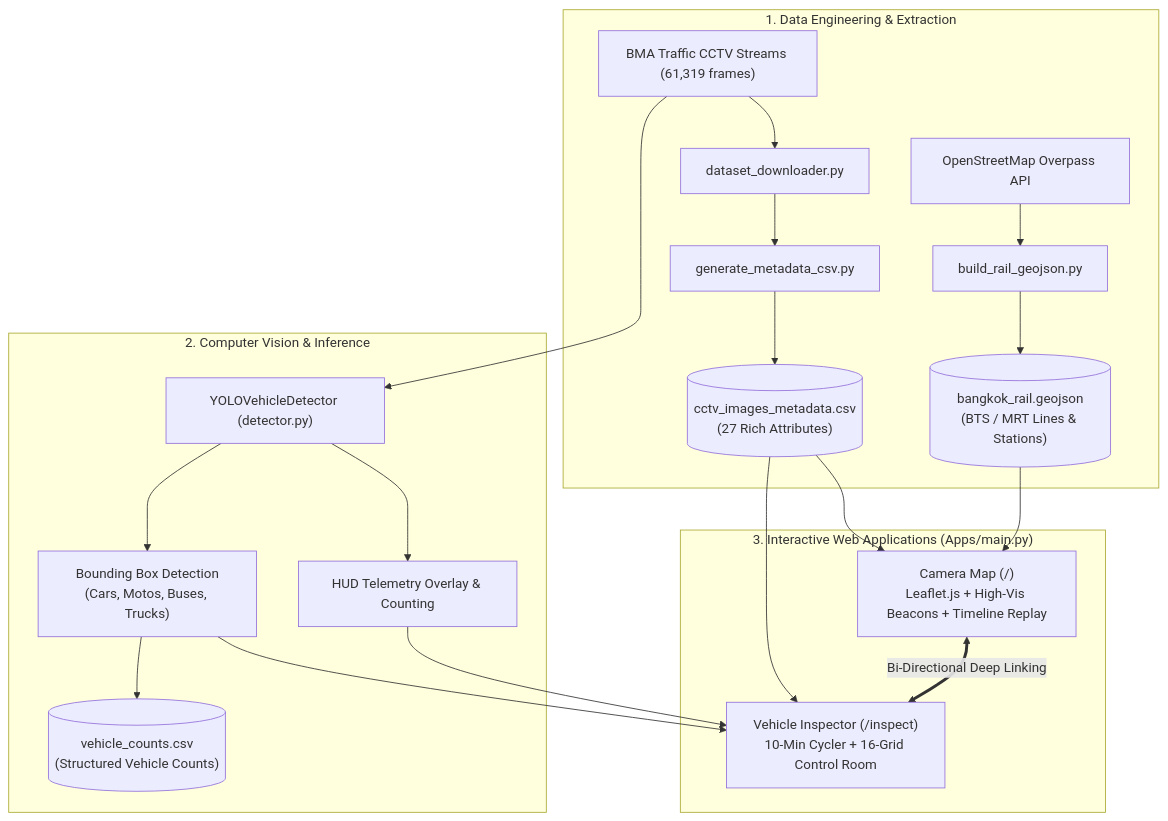
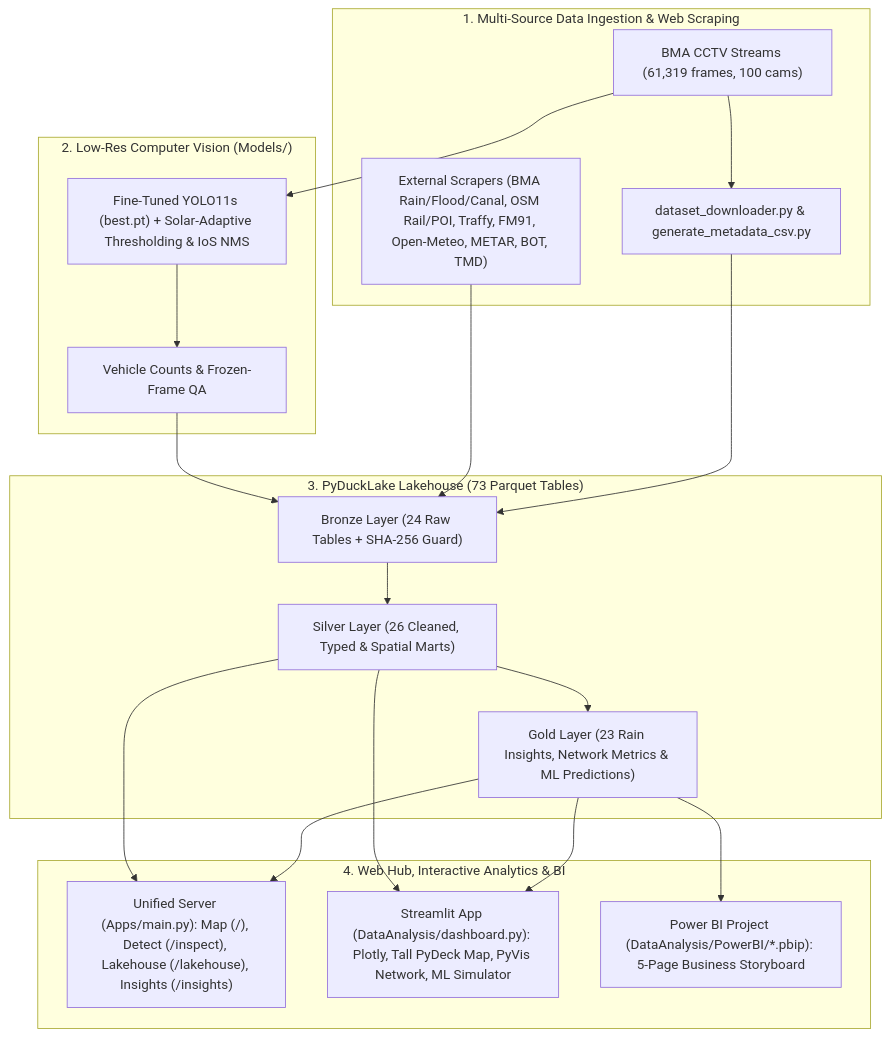
Before and after one commit to MaxzyMVT/Bangkok-CCTV-Image-Analysis-DSDE: the diagram in README.md, drawn with Mermaid. The commit also changed other lines of this file and 7 other files, not shown here.

Commit message:
docs(readme): verify and update all project READMEs with insights, stack, and tree

````diff
--- a/README.md
+++ b/README.md
@@ -19,23 +20,24 @@
 ```mermaid
 flowchart TD
-    subgraph Data_Ingestion ["1. Data Engineering & Extraction"]
-        A["BMA Traffic CCTV Streams (61,319 frames)"] --> B["dataset_downloader.py"]
-        B --> C["generate_metadata_csv.py"]
-        C --> D[("cctv_images_metadata.csv<br/>(27 Rich Attributes)")]
-        E["OpenStreetMap Overpass API"] --> F["build_rail_geojson.py"]
-        F --> G[("bangkok_rail.geojson<br/>(BTS / MRT Lines & Stations)")]
+    subgraph Sources ["1. Multi-Source Data Ingestion & Web Scraping"]
+        A["BMA CCTV Streams (61,319 frames, 100 cams)"] --> B["dataset_downloader.py & generate_metadata_csv.py"]
+        E["External Scrapers (BMA Rain/Flood/Canal, OSM Rail/POI, Traffy, FM91, Open-Meteo, METAR, BOT, TMD)"]
     end
 
-    subgraph Modeling ["2. Computer Vision & Inference"]
-        A --> H["YOLOVehicleDetector (detector.py)"]
-        H --> I["Bounding Box Detection<br/>(Cars, Motos, Buses, Trucks)"]
-        H --> J["HUD Telemetry Overlay & Counting"]
-        I --> K[("vehicle_counts.csv<br/>(Structured Vehicle Counts)")]
+    subgraph Vision ["2. Low-Res Computer Vision (Models/)"]
+        A --> H["Fine-Tuned YOLO11s (best.pt) + Solar-Adaptive Thresholding & IoS NMS"]
+        H --> K["Vehicle Counts & Frozen-Frame QA"]
     end
 
-    subgraph Applications ["3. Interactive Web Applications (Apps/main.py)"]
-        D & G --> L["Camera Map (/)<br/>Leaflet.js + High-Vis Beacons + Timeline Replay"]
-        D & I & J --> M["Vehicle Inspector (/inspect)<br/>10-Min Cycler + 16-Grid Control Room"]
-        L <==> |"Bi-Directional Deep Linking"| M
+    subgraph Lakehouse ["3. PyDuckLake Lakehouse (73 Parquet Tables)"]
+        B & E & K --> BR["Bronze Layer (24 Raw Tables + SHA-256 Guard)"]
+        BR --> SL["Silver Layer (26 Cleaned, Typed & Spatial Marts)"]
+        SL --> GL["Gold Layer (23 Rain Insights, Network Metrics & ML Predictions)"]
+    end
+
+    subgraph Serving ["4. Web Hub, Interactive Analytics & BI"]
+        GL & SL --> W["Unified Server (Apps/main.py): Map (/), Detect (/inspect), Lakehouse (/lakehouse), Insights (/insights)"]
+        GL & SL --> ST["Streamlit App (DataAnalysis/dashboard.py): Plotly, Tall PyDeck Map, PyVis Network, ML Simulator"]
+        GL --> BI["Power BI Project (DataAnalysis/PowerBI/*.pbip): 5-Page Business Storyboard"]
     end
 ```
````
